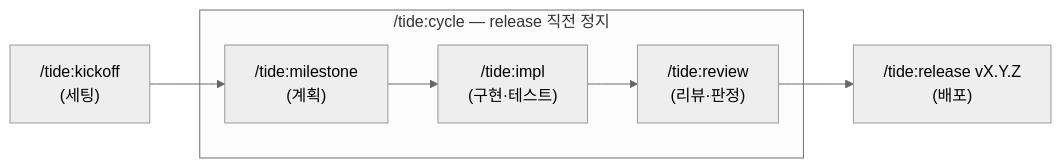
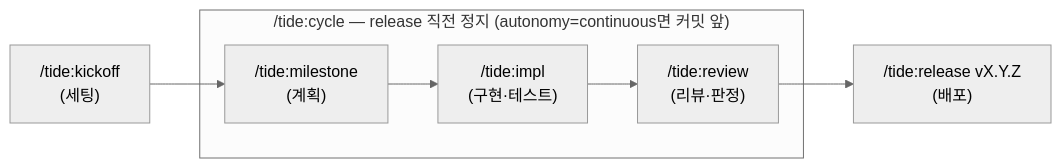
One commit to Jongh/tide changed the diagram in site/docs/index.md. Above: the diagram before and after it, drawn with Mermaid (neutral theme). The commit also changed 22 other files, not shown here.

````diff
--- a/site/docs/index.md
+++ b/site/docs/index.md
@@ -8,13 +8,13 @@
 ```mermaid
 flowchart LR
     K["/tide:kickoff<br/>(세팅)"] --> M["/tide:milestone<br/>(계획)"]
     M --> I["/tide:impl<br/>(구현·테스트)"]
     I --> R["/tide:review<br/>(리뷰·판정)"]
     R --> Rel["/tide:release vX.Y.Z<br/>(배포)"]
 
-    subgraph cycle ["/tide:cycle — release 직전 정지"]
+    subgraph cycle ["/tide:cycle — release 직전 정지 (autonomy=continuous면 커밋 앞)"]
         M
         I
         R
     end
 ```
````
